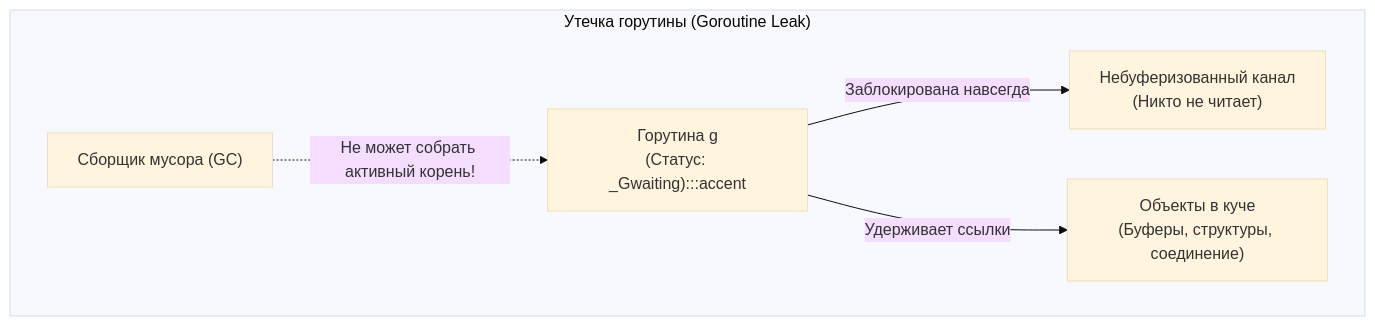
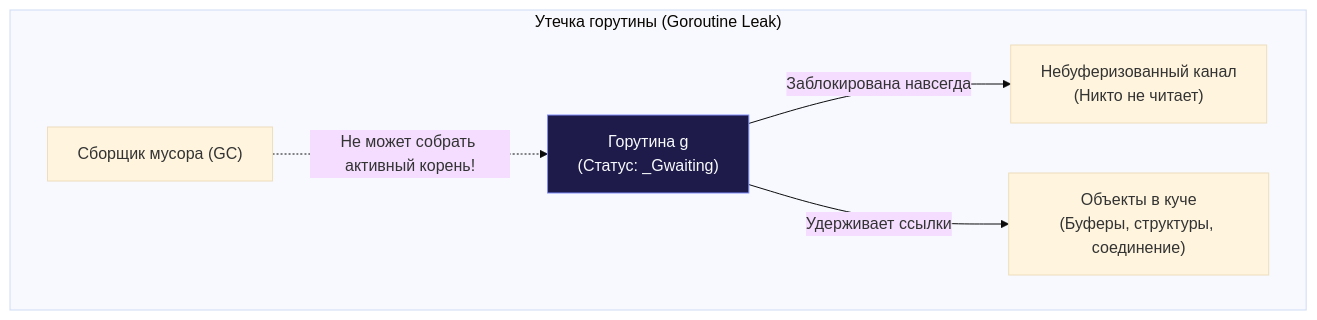
Before and after one commit to UnrealTemplier/go-textbook-ru: the third of 3 diagrams in sources/5. Учебник по Go (Основы и синтаксис)/34. Горутины. Легковесная конкурентность в Go.md, drawn with Mermaid (base theme). The commit also changed other lines of this file and 166 other files, not shown here.

First line of the commit message:
fix(mermaid): move :::class out of quoted node labels

````diff
--- a/sources/5. Учебник по Go (Основы и синтаксис)/34. Горутины. Легковесная конкурентность в Go.md
+++ b/sources/5. Учебник по Go (Основы и синтаксис)/34. Горутины. Легковесная конкурентность в Go.md
@@ -153,18 +153,18 @@
 ```mermaid
 flowchart TD
     classDef process  fill:#1e293b,stroke:#38bdf8,stroke-width:1px,color:#f8fafc
     classDef success  fill:#064e3b,stroke:#34d399,stroke-width:1px,color:#f8fafc
     classDef error    fill:#7f1d1d,stroke:#f87171,stroke-width:1px,color:#f8fafc
     classDef warning  fill:#78350f,stroke:#fbbf24,stroke-width:1px,color:#f8fafc
     classDef entry    fill:#1e3a5f,stroke:#38bdf8,stroke-width:2px,color:#f8fafc
     classDef aux      fill:#334155,stroke:#64748b,stroke-width:1px,color:#f8fafc
     classDef system   fill:#312e81,stroke:#a78bfa,stroke-width:1px,color:#f8fafc
     classDef data     fill:#132d29,stroke:#2dd4bf,stroke-width:1px,color:#f8fafc
     classDef network  fill:#881337,stroke:#fb7185,stroke-width:1px,color:#f8fafc
     classDef accent   fill:#1e1b4b,stroke:#818cf8,stroke-width:1px,color:#f8fafc
     subgraph Leak["Утечка горутины (Goroutine Leak)"]
-        G["Горутина g<br>(Статус: _Gwaiting):::accent"] -->|"Заблокирована навсегда"| Ch["Небуферизованный канал<br>(Никто не читает)"]
+        G["Горутина g<br>(Статус: _Gwaiting)"]:::accent -->|"Заблокирована навсегда"| Ch["Небуферизованный канал<br>(Никто не читает)"]
         GC["Сборщик мусора (GC)"] -.->|"Не может собрать активный корень!"| G
         G -->|"Удерживает ссылки"| Obj["Объекты в куче<br>(Буферы, структуры, соединение)"]
     end
 ```
````
